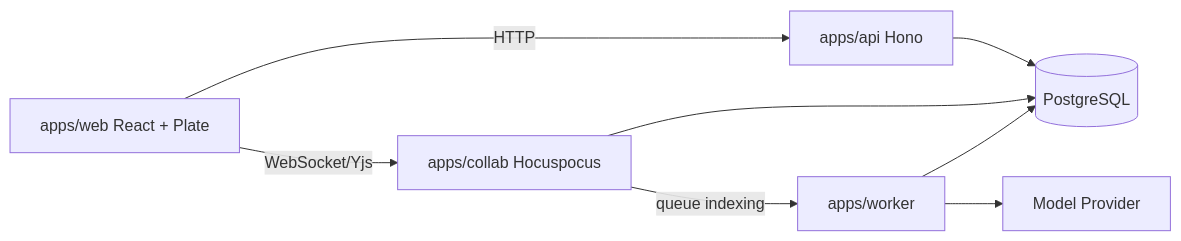
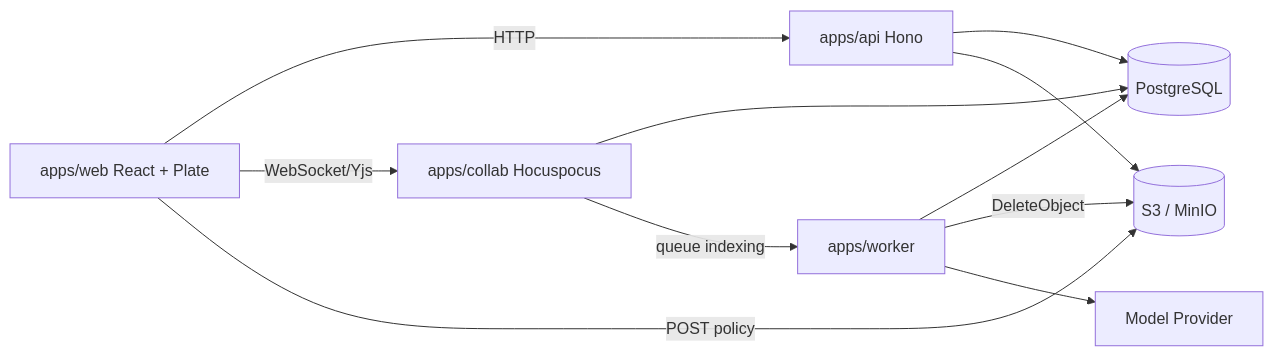
The diagram in docs/architecture.md (HUAHUAI23/sharebrain), drawn with Mermaid before and after one commit. The commit also changed other lines of this file and 69 other files, not shown here.

````diff
--- a/docs/architecture.md
+++ b/docs/architecture.md
@@ -22,10 +22,13 @@
 ```mermaid
 flowchart LR
   Browser[apps/web React + Plate] -->|HTTP| API[apps/api Hono]
   Browser -->|WebSocket/Yjs| Collab[apps/collab Hocuspocus]
+  Browser -->|POST policy| Storage[(S3 / MinIO)]
   API --> DB[(PostgreSQL)]
+  API --> Storage
   Collab --> DB
   Collab -->|queue indexing| Worker[apps/worker]
   Worker --> DB
+  Worker -->|DeleteObject| Storage
   Worker --> AI[Model Provider]
 ```
````
